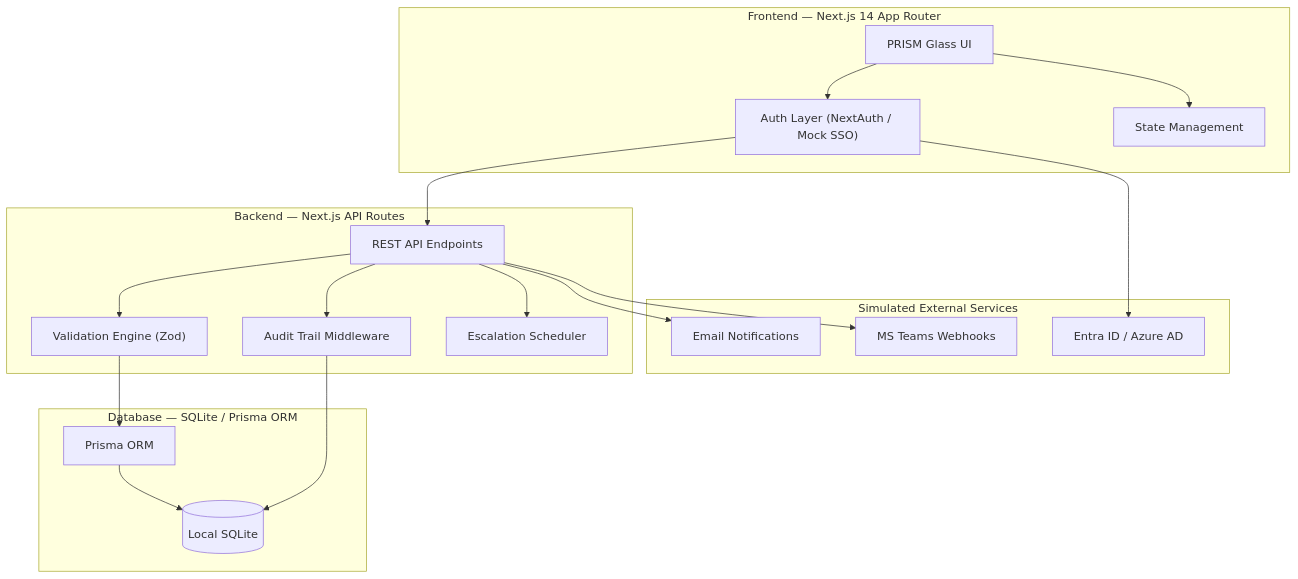
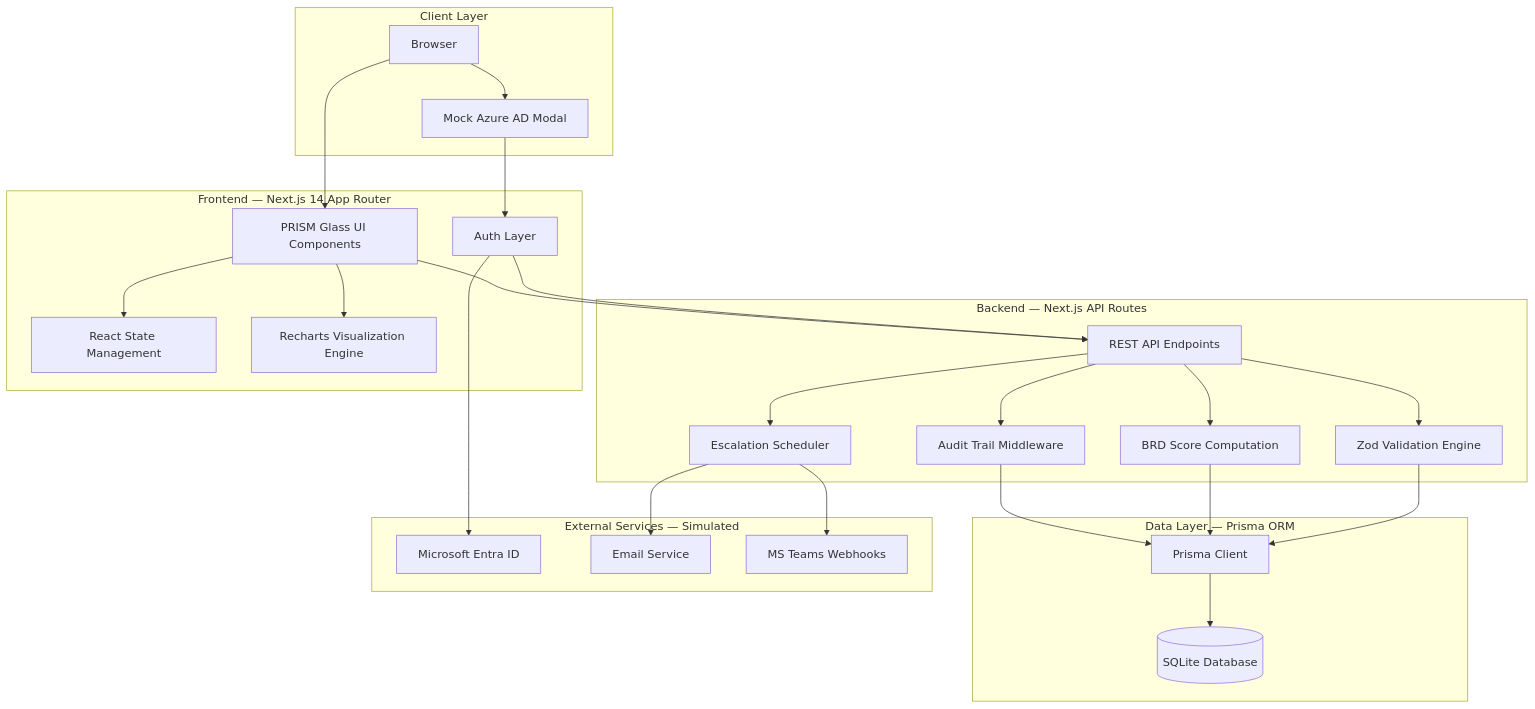
The first of 9 diagrams in prism/README.md (rohanjain1648/ATOMQUEST_2026), drawn with Mermaid before and after one commit. The commit also changed other lines of this file, not shown here.

Commit message:
docs: enhance README with 7 architecture diagrams and comprehensive documentation

````diff
--- a/prism/README.md
+++ b/prism/README.md
@@ -59,35 +110,51 @@
 ```mermaid
 graph TB
+    subgraph "Client Layer"
+        BROWSER["Browser"]
+        SSO_MODAL["Mock Azure AD Modal"]
+    end
+
     subgraph "Frontend — Next.js 14 App Router"
-        UI["PRISM Glass UI"]
-        AUTH["Auth Layer (NextAuth / Mock SSO)"]
-        STORE["State Management"]
+        UI["PRISM Glass UI Components"]
+        AUTH["Auth Layer"]
+        STATE["React State Management"]
+        CHARTS["Recharts Visualization Engine"]
     end
 
     subgraph "Backend — Next.js API Routes"
         API["REST API Endpoints"]
-        VALID["Validation Engine (Zod)"]
-        AUDIT["Audit Trail Middleware"]
-        ESC["Escalation Scheduler"]
+        VALID["Zod Validation Engine"]
+        SCORING["BRD Score Computation"]
+        AUDIT_MW["Audit Trail Middleware"]
+        ESC_ENGINE["Escalation Scheduler"]
     end
 
-    subgraph "Database — SQLite / Prisma ORM"
-        DB[(Local SQLite)]
-        PRISMA["Prisma ORM"]
+    subgraph "Data Layer — Prisma ORM"
+        PRISMA["Prisma Client"]
+        DB[(SQLite Database)]
     end
 
-    subgraph "Simulated External Services"
-        MAIL["Email Notifications"]
+    subgraph "External Services — Simulated"
+        AZURE["Microsoft Entra ID"]
+        EMAIL["Email Service"]
         TEAMS["MS Teams Webhooks"]
-        AZURE["Entra ID / Azure AD"]
     end
 
-    UI --> AUTH --> API
-    UI --> STORE
-    API --> VALID --> PRISMA --> DB
-    API --> AUDIT --> DB
-    API --> ESC
-    API --> MAIL
-    API --> TEAMS
+    BROWSER --> SSO_MODAL --> AUTH
+    BROWSER --> UI
+    UI --> STATE
+    UI --> CHARTS
+    AUTH --> API
+    UI --> API
+    API --> VALID
+    API --> SCORING
+    API --> AUDIT_MW
+    API --> ESC_ENGINE
+    VALID --> PRISMA
+    SCORING --> PRISMA
+    AUDIT_MW --> PRISMA
+    PRISMA --> DB
     AUTH --> AZURE
+    ESC_ENGINE --> EMAIL
+    ESC_ENGINE --> TEAMS
 ```
````
